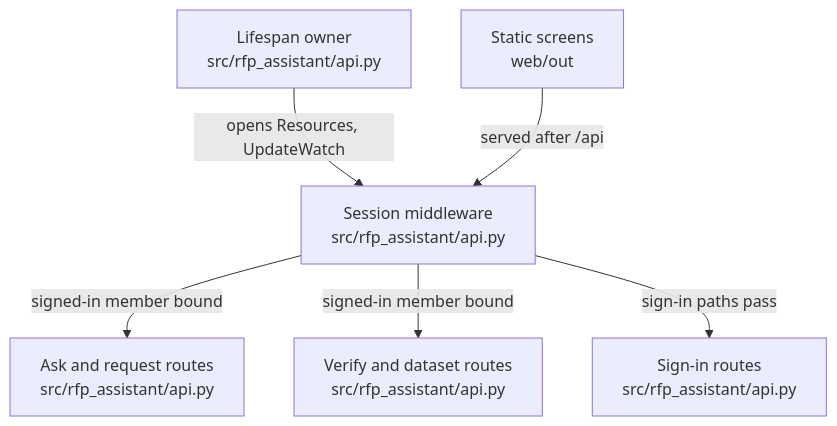
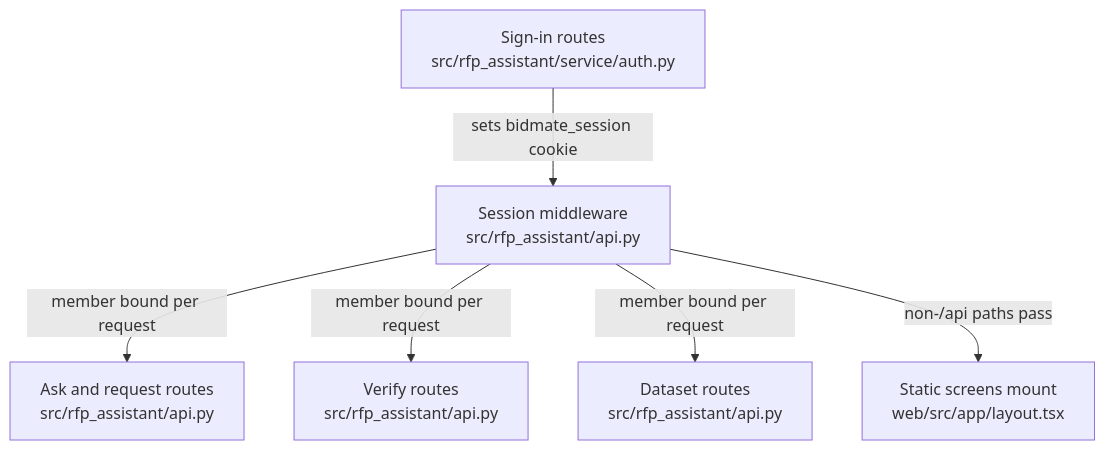
The diagram in .omm/overall-architecture/http-api/diagram.mmd (littleeeeebit/project-codeit-mid), drawn with Mermaid before and after one commit. The commit also changed 359 other files, not shown here.

Commit message:
Refresh wiki and architecture before merge

```diff
--- a/.omm/overall-architecture/http-api/diagram.mmd
+++ b/.omm/overall-architecture/http-api/diagram.mmd
@@ -1,6 +1,12 @@
 graph TD
-  session-middleware["Session middleware\nsrc/rfp_assistant/api.py"] -->|"signed-in member bound"| ask-routes["Ask and request routes\nsrc/rfp_assistant/api.py"]
-  session-middleware -->|"signed-in member bound"| verify-routes["Verify and dataset routes\nsrc/rfp_assistant/api.py"]
-  session-middleware -->|"sign-in paths pass"| auth-routes["Sign-in routes\nsrc/rfp_assistant/api.py"]
-  app-lifespan["Lifespan owner\nsrc/rfp_assistant/api.py"] -->|"opens Resources, UpdateWatch"| session-middleware
-  static-mount["Static screens\nweb/out"] -->|"served after /api"| session-middleware
+  session-guard["Session middleware\nsrc/rfp_assistant/api.py"]
+  sign-in-routes["Sign-in routes\nsrc/rfp_assistant/service/auth.py"]
+  ask-routes["Ask and request routes\nsrc/rfp_assistant/api.py"]
+  verify-routes["Verify routes\nsrc/rfp_assistant/api.py"]
+  dataset-routes["Dataset routes\nsrc/rfp_assistant/api.py"]
+  static-export["Static screens mount\nweb/src/app/layout.tsx"]
+  sign-in-routes -->|"sets bidmate_session cookie"| session-guard
+  session-guard -->|"member bound per request"| ask-routes
+  session-guard -->|"member bound per request"| verify-routes
+  session-guard -->|"member bound per request"| dataset-routes
+  session-guard -->|"non-/api paths pass"| static-export
```
